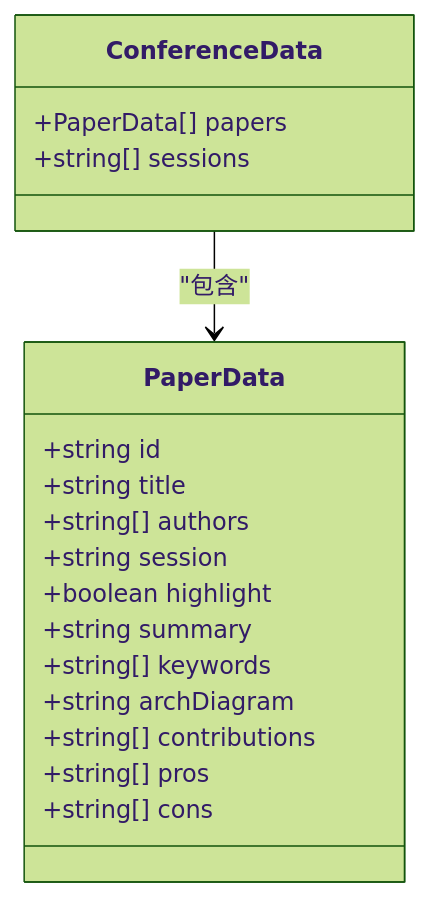
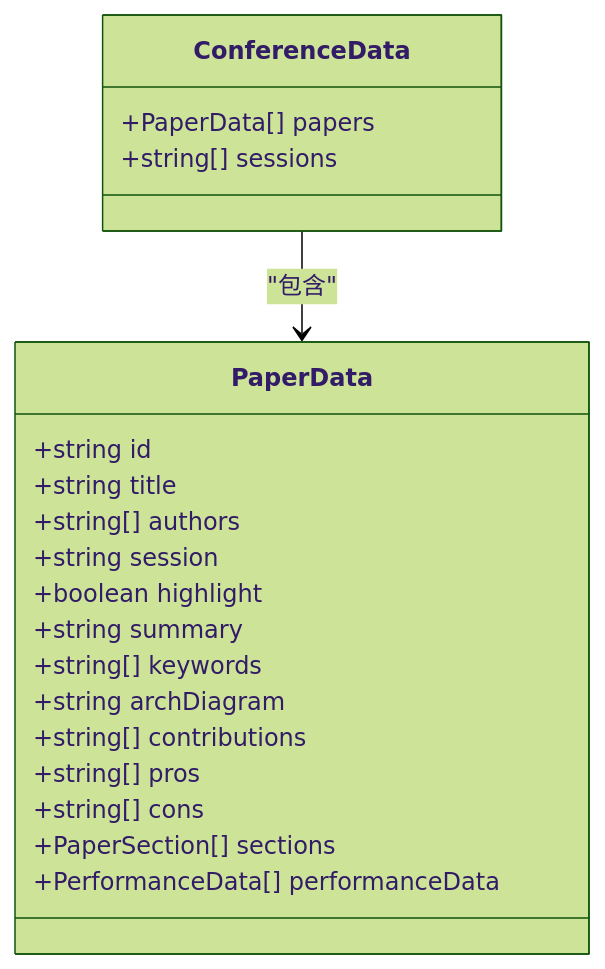
Before and after one commit to erikliu123/storage_ai_blog: the tenth of 15 diagrams in .qoder/repowiki/zh/content/数据模型/数据模型.md, drawn with Mermaid (forest theme). The commit also changed other lines of this file and 10 other files, not shown here.

Commit message:
fix: Add missing FAST 2023 learned-index, cloud-block, nvme-queue architecture diagrams

````diff
--- a/.qoder/repowiki/zh/content/数据模型/数据模型.md
+++ b/.qoder/repowiki/zh/content/数据模型/数据模型.md
@@ -357,21 +513,23 @@
 ```mermaid
 classDiagram
 class PaperData {
 +string id
 +string title
 +string[] authors
 +string session
 +boolean highlight
 +string summary
 +string[] keywords
 +string archDiagram
 +string[] contributions
 +string[] pros
 +string[] cons
++PaperSection[] sections
++PerformanceData[] performanceData
 }
 class ConferenceData {
 +PaperData[] papers
 +string[] sessions
 }
 ConferenceData --> PaperData : "包含"
 ```
````
